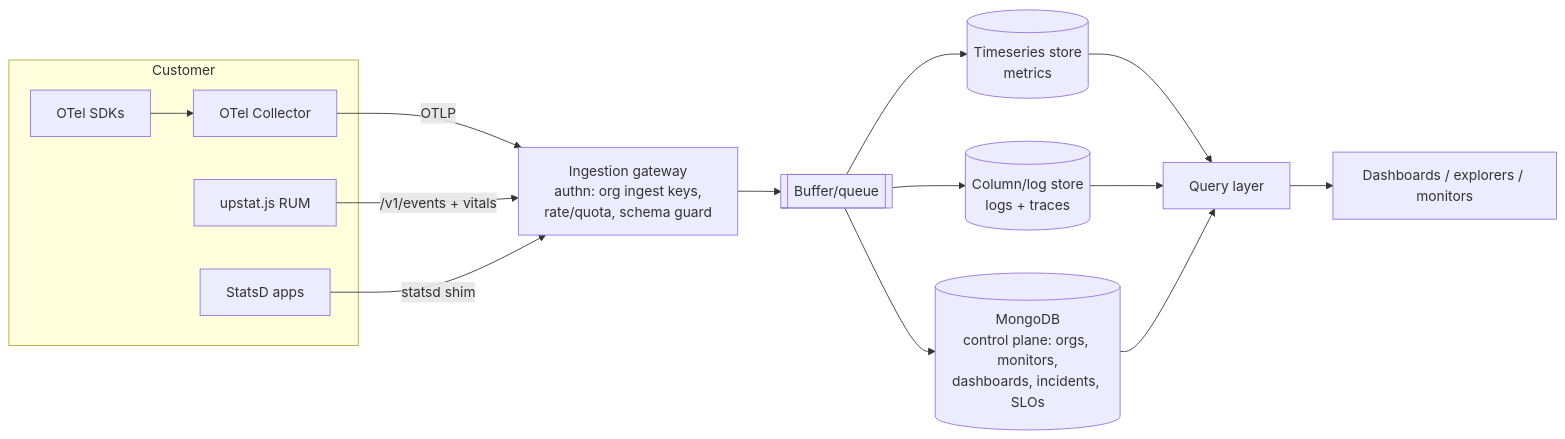
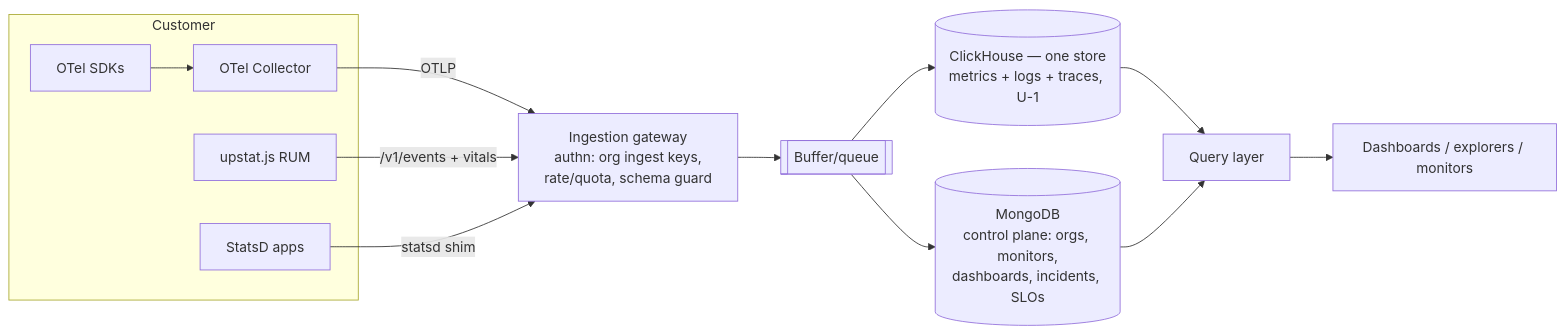
Before and after one commit to cuesoftinc/upstat: the sixth of 6 diagrams in docs/architecture.md, drawn with Mermaid. The commit also changed other lines of this file and 21 other files, not shown here.

````diff
--- a/docs/architecture.md
+++ b/docs/architecture.md
@@ -246,19 +251,17 @@
 ```mermaid
 flowchart LR
     subgraph Customer
         SDK[OTel SDKs] --> COL[OTel Collector]
         JS[upstat.js RUM]
         AGENTLESS[StatsD apps]
     end
     COL -->|OTLP| GW[Ingestion gateway<br/>authn: org ingest keys,<br/>rate/quota, schema guard]
     JS -->|/v1/events + vitals| GW
     AGENTLESS -->|statsd shim| GW
     GW --> BUF[[Buffer/queue]]
-    BUF --> TS[(Timeseries store<br/>metrics)]
-    BUF --> LS[(Column/log store<br/>logs + traces)]
+    BUF --> CH[(ClickHouse — one store<br/>metrics + logs + traces, U-1)]
     BUF --> MG[(MongoDB<br/>control plane: orgs, monitors,<br/>dashboards, incidents, SLOs)]
-    TS --> Q[Query layer]
-    LS --> Q
+    CH --> Q[Query layer]
     MG --> Q
     Q --> APP[Dashboards / explorers / monitors]
 ```
````
